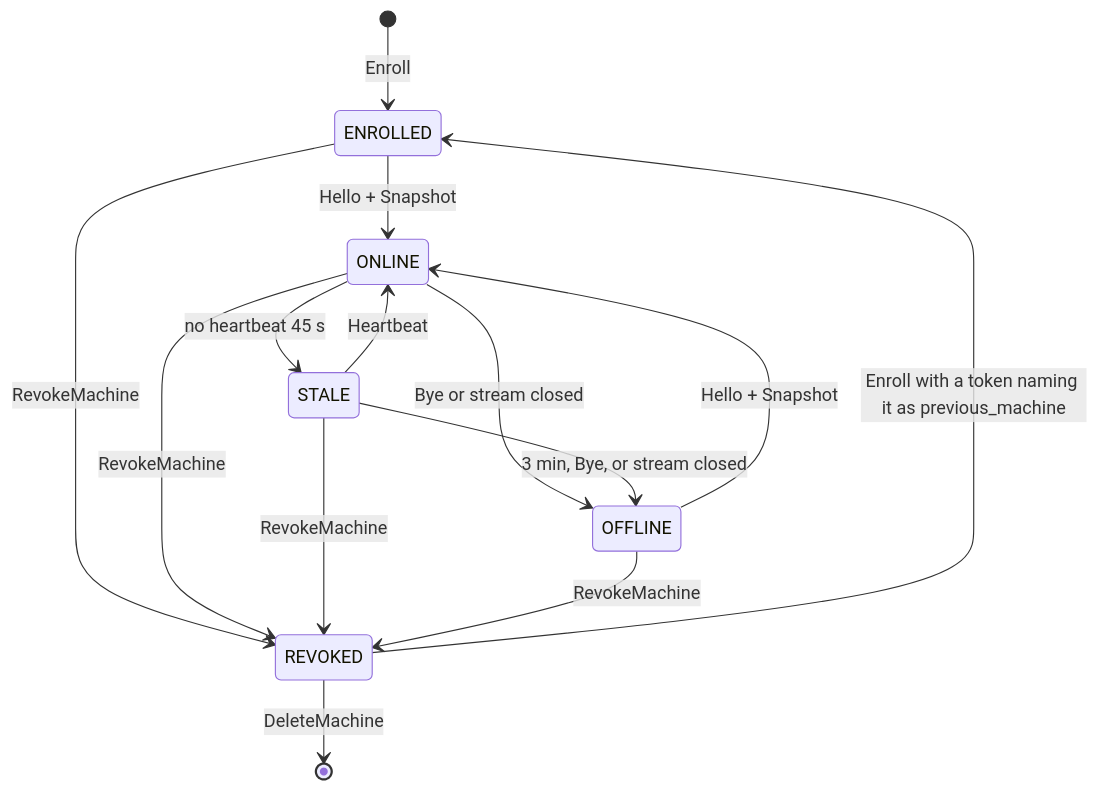
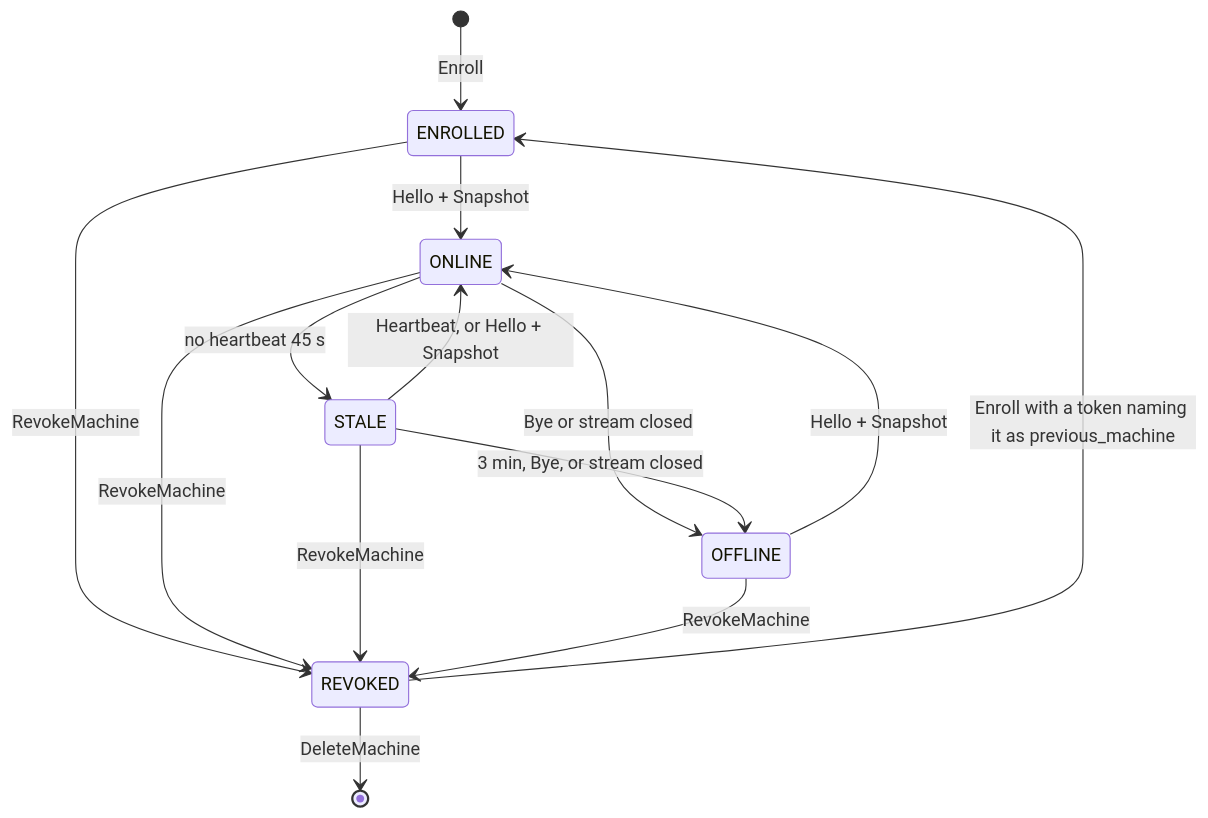
The diagram in docs/specs/02g-agent-security.md (linuxdynasty/fleet-board), drawn with Mermaid before and after one commit. The commit also changed 52 other files, not shown here.

First line of the commit message:
Hub: apply the Snapshot, and a machine is ONLINE when it commits (row 5 PR 5c1) (#176)

````diff
--- a/docs/specs/02g-agent-security.md
+++ b/docs/specs/02g-agent-security.md
@@ -303,16 +303,16 @@
 ```mermaid
 stateDiagram-v2
   [*] --> ENROLLED: Enroll
   ENROLLED --> ONLINE: Hello + Snapshot
   ONLINE --> STALE: no heartbeat 45 s
   ONLINE --> OFFLINE: Bye or stream closed
   STALE --> OFFLINE: 3 min, Bye, or stream closed
-  STALE --> ONLINE: Heartbeat
+  STALE --> ONLINE: Heartbeat, or Hello + Snapshot
   OFFLINE --> ONLINE: Hello + Snapshot
   ENROLLED --> REVOKED: RevokeMachine
   ONLINE --> REVOKED: RevokeMachine
   STALE --> REVOKED: RevokeMachine
   OFFLINE --> REVOKED: RevokeMachine
   REVOKED --> ENROLLED: Enroll with a token naming it as previous_machine
   REVOKED --> [*]: DeleteMachine
 ```
````
